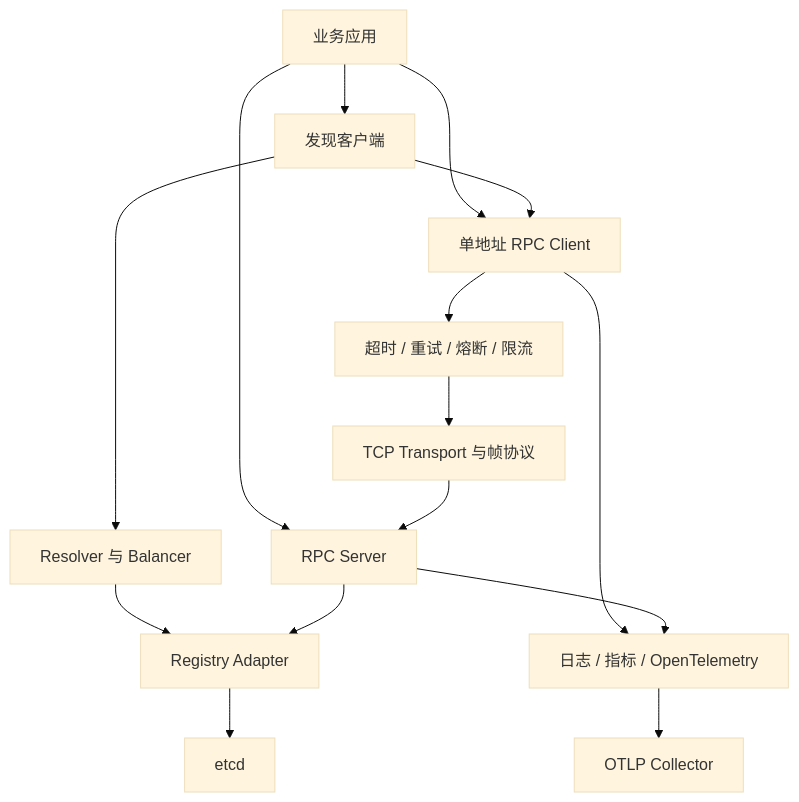
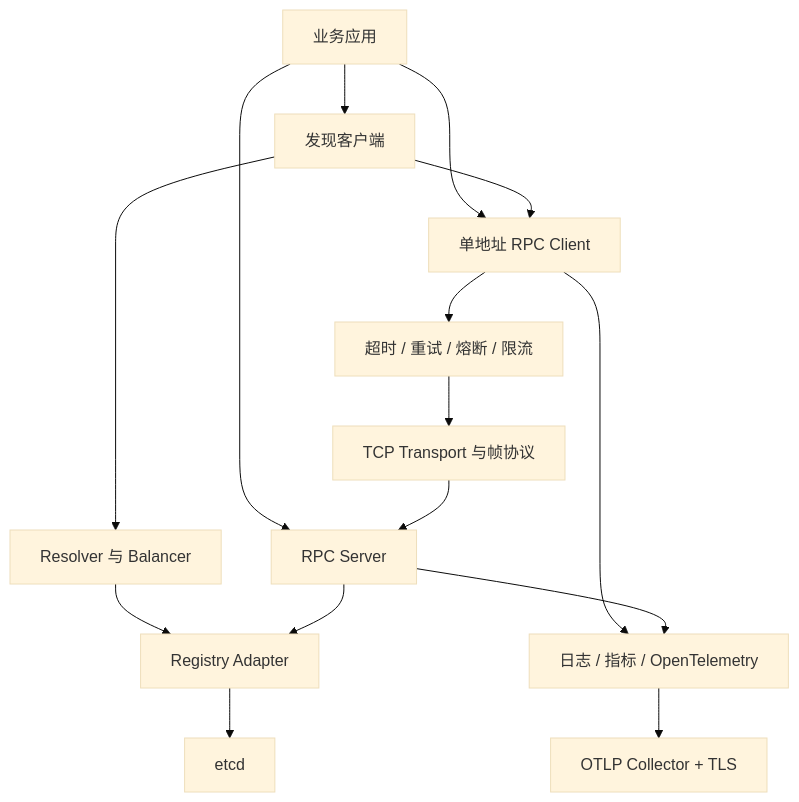
Before and after one commit to zjsycwmrbig/MiniRPC: the diagram in docs/architecture.md, drawn with Mermaid (base theme). The commit also changed other lines of this file and 5 other files, not shown here.

First line of the commit message:
docs(observability): document secure OTLP collector mTLS

```diff
--- a/docs/architecture.md
+++ b/docs/architecture.md
@@ -21,29 +21,29 @@
 ~~~mermaid
 flowchart TB
     App[业务应用]
     Client[单地址 RPC Client]
     Discovery[发现客户端]
     Server[RPC Server]
     Resolver[Resolver 与 Balancer]
     Registry[Registry Adapter]
     Etcd[etcd]
     Governance[超时 / 重试 / 熔断 / 限流]
     Transport[TCP Transport 与帧协议]
     Observe[日志 / 指标 / OpenTelemetry]
-    Collector[OTLP Collector]
+    Collector[OTLP Collector + TLS]
 
     App --> Client
     App --> Discovery
     App --> Server
     Discovery --> Resolver
     Discovery --> Client
     Client --> Governance
     Resolver --> Registry
     Registry --> Etcd
     Governance --> Transport
     Transport --> Server
     Server --> Registry
     Client --> Observe
     Server --> Observe
     Observe --> Collector
 ~~~
```
